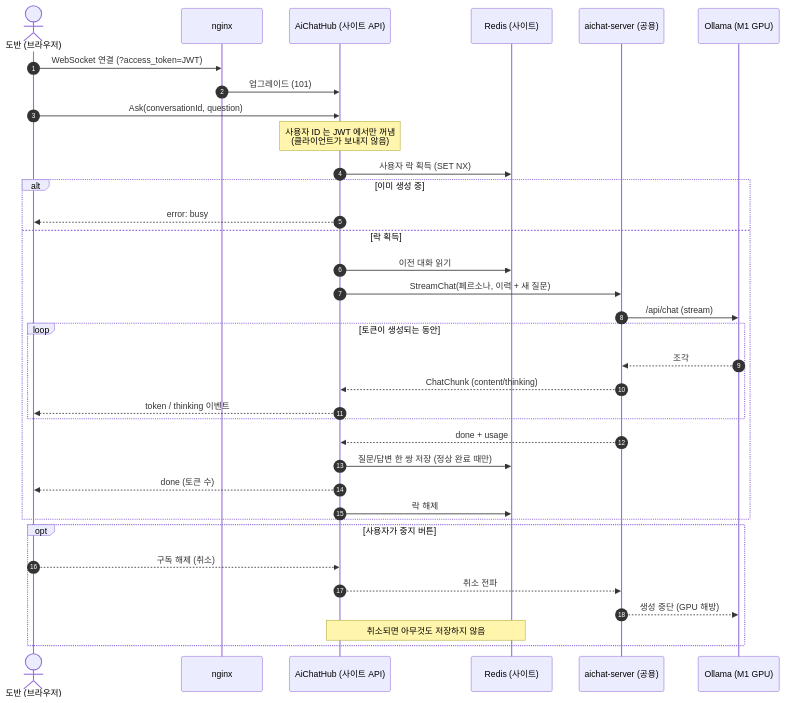
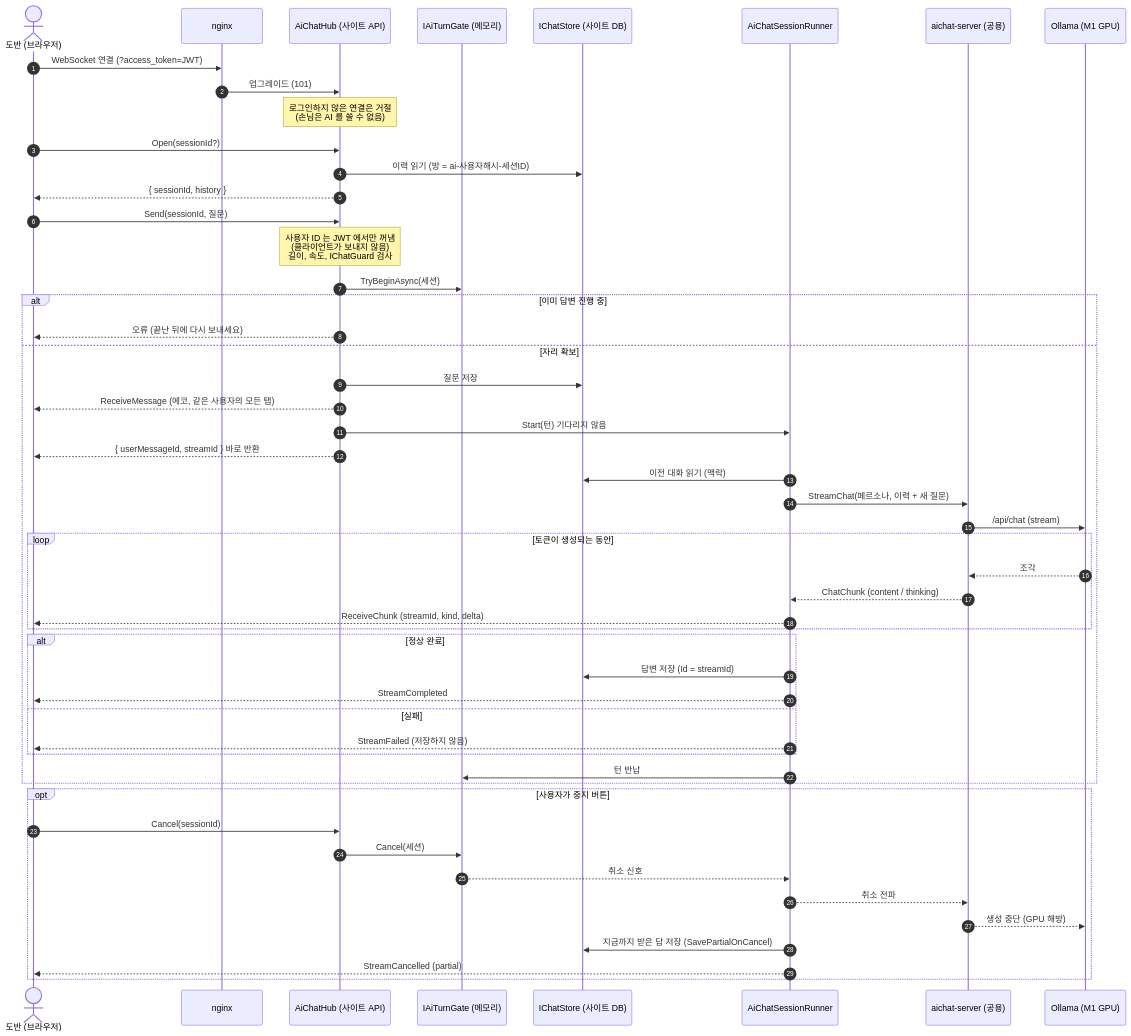
The third of 7 diagrams in ARCHITECTURE.md (ViVaKR/Viva.Chat), drawn with Mermaid before and after one commit. The commit also changed other lines of this file and 27 other files, not shown here.

````diff
--- a/ARCHITECTURE.md
+++ b/ARCHITECTURE.md
@@ -96,38 +99,56 @@
 ```mermaid
 sequenceDiagram
     autonumber
     actor 도반 as 도반 (브라우저)
     participant NG as nginx
     participant HUB as AiChatHub (사이트 API)
-    participant RD as Redis (사이트)
+    participant GATE as IAiTurnGate (메모리)
+    participant ST as IChatStore (사이트 DB)
+    participant RUN as AiChatSessionRunner
     participant AI as aichat-server (공용)
     participant OL as Ollama (M1 GPU)
 
     도반->>NG: WebSocket 연결 (?access_token=JWT)
     NG->>HUB: 업그레이드 (101)
-    도반->>HUB: Ask(conversationId, question)
-    Note over HUB: 사용자 ID 는 JWT 에서만 꺼냄<br/>(클라이언트가 보내지 않음)
-    HUB->>RD: 사용자 락 획득 (SET NX)
-    alt 이미 생성 중
-        HUB-->>도반: error: busy
-    else 락 획득
-        HUB->>RD: 이전 대화 읽기
-        HUB->>AI: StreamChat(페르소나, 이력 + 새 질문)
+    Note over HUB: 로그인하지 않은 연결은 거절<br/>(손님은 AI 를 쓸 수 없음)
+
+    도반->>HUB: Open(sessionId?)
+    HUB->>ST: 이력 읽기 (방 = ai-사용자해시-세션ID)
+    HUB-->>도반: { sessionId, history }
+
+    도반->>HUB: Send(sessionId, 질문)
+    Note over HUB: 사용자 ID 는 JWT 에서만 꺼냄<br/>(클라이언트가 보내지 않음)<br/>길이, 속도, IChatGuard 검사
+    HUB->>GATE: TryBeginAsync(세션)
+    alt 이미 답변 진행 중
+        HUB-->>도반: 오류 (끝난 뒤에 다시 보내세요)
+    else 자리 확보
+        HUB->>ST: 질문 저장
+        HUB-->>도반: ReceiveMessage (에코, 같은 사용자의 모든 탭)
+        HUB->>RUN: Start(턴) 기다리지 않음
+        HUB-->>도반: { userMessageId, streamId } 바로 반환
+        RUN->>ST: 이전 대화 읽기 (맥락)
+        RUN->>AI: StreamChat(페르소나, 이력 + 새 질문)
         AI->>OL: /api/chat (stream)
         loop 토큰이 생성되는 동안
             OL-->>AI: 조각
-            AI-->>HUB: ChatChunk (content/thinking)
-            HUB-->>도반: token / thinking 이벤트
+            AI-->>RUN: ChatChunk (content / thinking)
+            RUN-->>도반: ReceiveChunk (streamId, kind, delta)
         end
-        AI-->>HUB: done + usage
-        HUB->>RD: 질문/답변 한 쌍 저장 (정상 완료 때만)
-        HUB-->>도반: done (토큰 수)
-        HUB->>RD: 락 해제
+        alt 정상 완료
+            RUN->>ST: 답변 저장 (Id = streamId)
+            RUN-->>도반: StreamCompleted
+        else 실패
+            RUN-->>도반: StreamFailed (저장하지 않음)
+        end
+        RUN->>GATE: 턴 반납
     end
     opt 사용자가 중지 버튼
-        도반-->>HUB: 구독 해제 (취소)
-        HUB-->>AI: 취소 전파
+        도반->>HUB: Cancel(sessionId)
+        HUB->>GATE: Cancel(세션)
+        GATE-->>RUN: 취소 신호
+        RUN-->>AI: 취소 전파
         AI-->>OL: 생성 중단 (GPU 해방)
-        Note over HUB,RD: 취소되면 아무것도 저장하지 않음
+        RUN->>ST: 지금까지 받은 답 저장 (SavePartialOnCancel)
+        RUN-->>도반: StreamCancelled (partial)
     end
 ```
````
